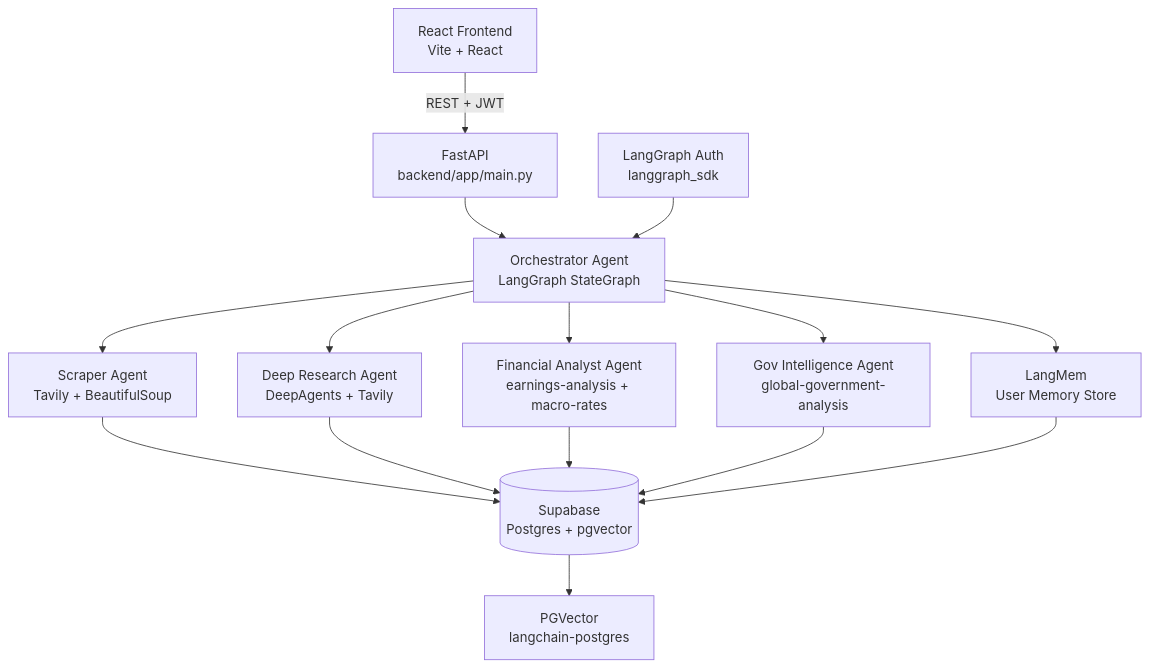
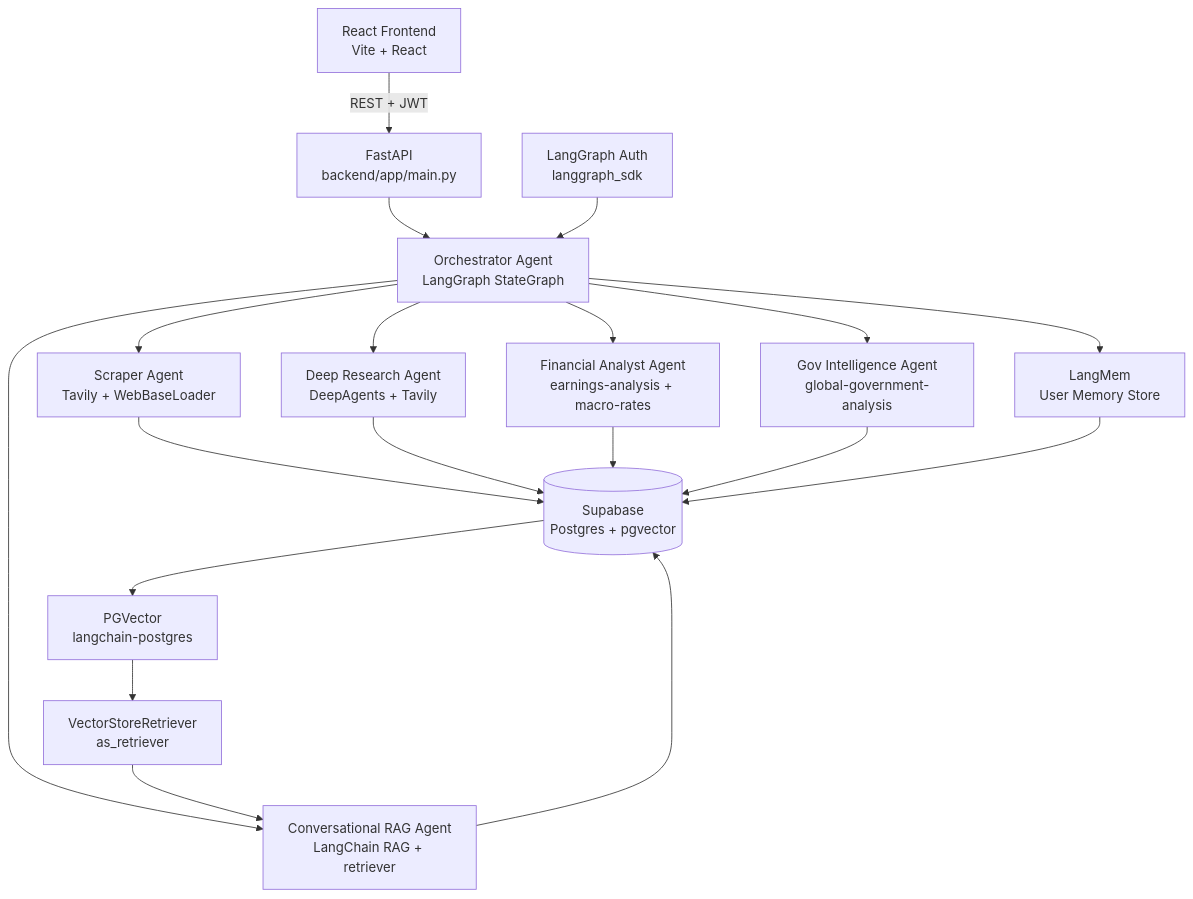
One commit to mzf11125/paparan-ai changed the diagram in BACKEND_IMPLEMENTATION_PLAN.md. Above: the diagram before and after it, drawn with Mermaid. The commit also changed other lines of this file and 1 other file, not shown here.

Commit message:
docs: add Palantir ontology, RAG, conversational agent, and chat tab

````diff
--- a/BACKEND_IMPLEMENTATION_PLAN.md
+++ b/BACKEND_IMPLEMENTATION_PLAN.md
@@ -12,17 +14,21 @@
 ```mermaid
 graph TD
     FE[React Frontend\nVite + React] -->|REST + JWT| API[FastAPI\nbackend/app/main.py]
     API --> ORCH[Orchestrator Agent\nLangGraph StateGraph]
-    ORCH --> SCRAPER[Scraper Agent\nTavily + BeautifulSoup]
+    ORCH --> SCRAPER[Scraper Agent\nTavily + WebBaseLoader]
     ORCH --> RESEARCH[Deep Research Agent\nDeepAgents + Tavily]
     ORCH --> ANALYST[Financial Analyst Agent\nearnings-analysis + macro-rates]
     ORCH --> GOV[Gov Intelligence Agent\nglobal-government-analysis]
+    ORCH --> CONV[Conversational RAG Agent\nLangChain RAG + retriever]
     SCRAPER --> SB[(Supabase\nPostgres + pgvector)]
     RESEARCH --> SB
     ANALYST --> SB
     GOV --> SB
+    CONV --> SB
     ORCH --> MEM[LangMem\nUser Memory Store]
     MEM --> SB
     AUTH[LangGraph Auth\nlanggraph_sdk] --> ORCH
     SB --> VS[PGVector\nlangchain-postgres]
+    VS --> RET[VectorStoreRetriever\nas_retriever]
+    RET --> CONV
 ```
````
